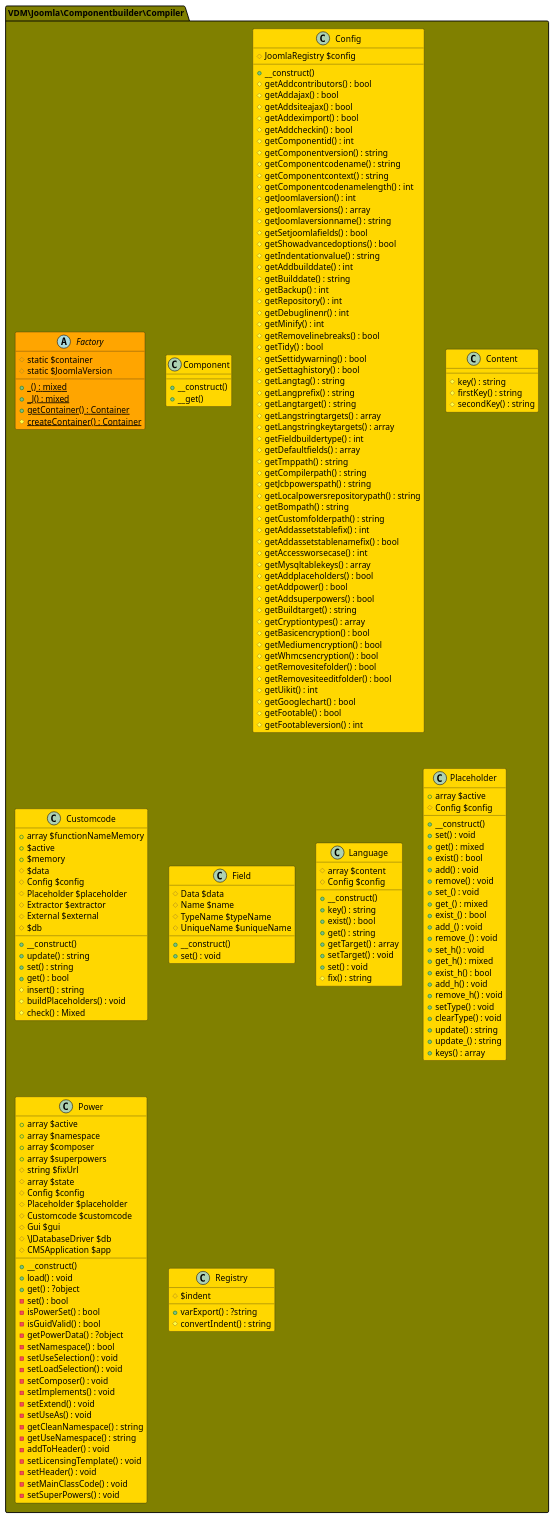
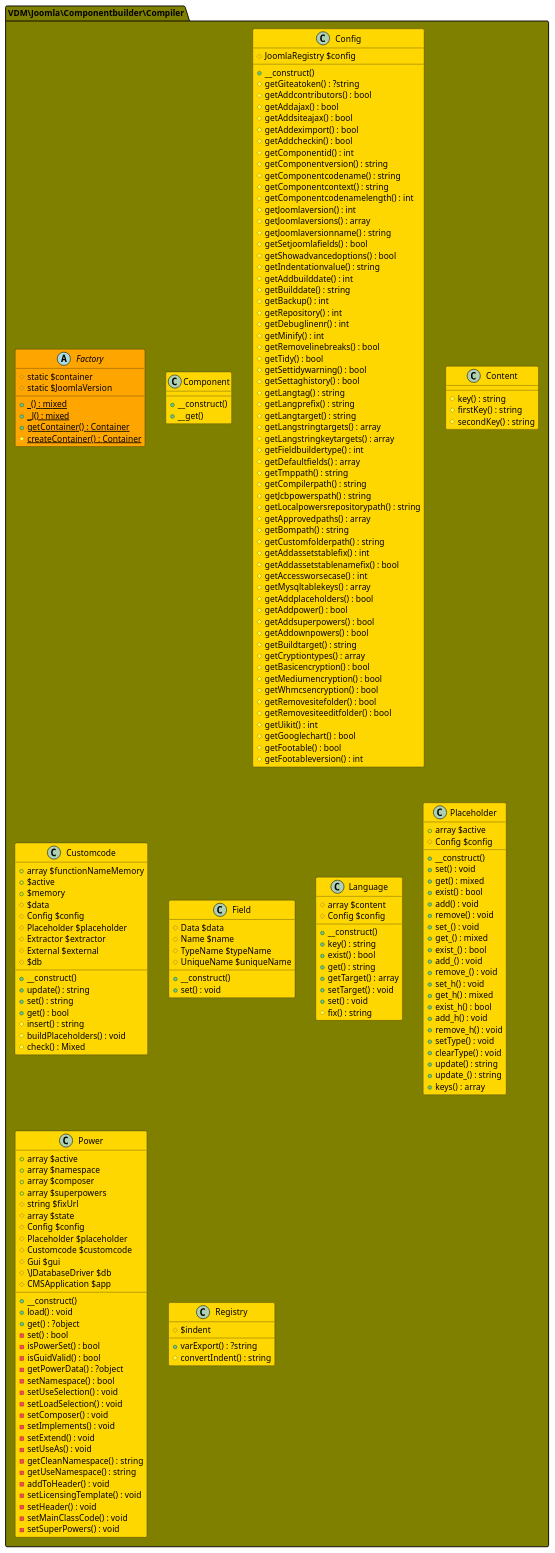
One commit to joomengine/jcb-compiler changed the first of 33 diagrams in README.md. Above: the diagram before and after it, drawn with PlantUML. The commit also changed other lines of this file and 176 other files, not shown here.

```diff
--- a/README.md
+++ b/README.md
@@ -266,6 +270,7 @@
   class Config  #Gold {
     # JoomlaRegistry $config
     + __construct()
+    # getGiteatoken() : ?string
     # getAddcontributors() : bool
     # getAddajax() : bool
     # getAddsiteajax() : bool
@@ -303,6 +308,7 @@
     # getCompilerpath() : string
     # getJcbpowerspath() : string
     # getLocalpowersrepositorypath() : string
+    # getApprovedpaths() : array
     # getBompath() : string
     # getCustomfolderpath() : string
     # getAddassetstablefix() : int
@@ -312,6 +318,7 @@
     # getAddplaceholders() : bool
     # getAddpower() : bool
     # getAddsuperpowers() : bool
+    # getAddownpowers() : bool
     # getBuildtarget() : string
     # getCryptiontypes() : array
     # getBasicencryption() : bool
```
